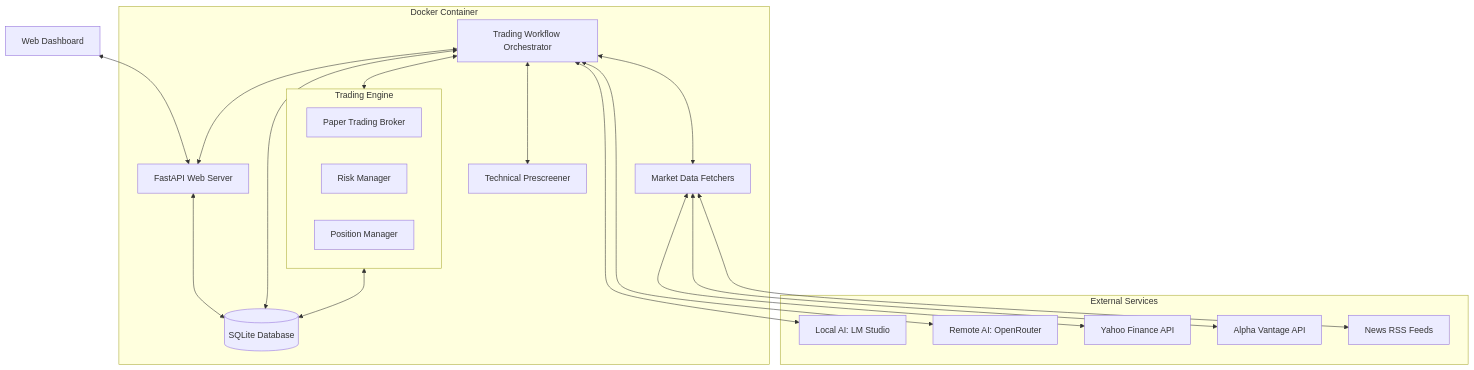
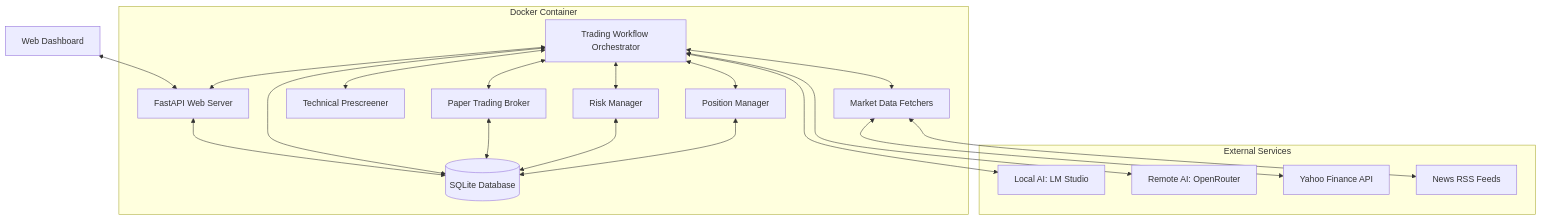
The first of 4 diagrams in DESIGN.md (psylsph/ai-stock-trader), drawn with Mermaid before and after one commit. The commit also changed other lines of this file and 8 other files, not shown here.

````diff
--- a/DESIGN.md
+++ b/DESIGN.md
@@ -16,43 +16,39 @@
 ```mermaid
 graph TB
     User[Web Dashboard]
     
     subgraph Container [Docker Container]
         FastAPI[FastAPI Web Server]
         Workflow[Trading Workflow Orchestrator]
         DB[(SQLite Database)]
         Fetchers[Market Data Fetchers]
         Screener[Technical Prescreener]
-        
-        subgraph TradingEngine [Trading Engine]
-            Broker[Paper Trading Broker]
-            Risk[Risk Manager]
-            PosMan[Position Manager]
-        end
+        Broker[Paper Trading Broker]
+        Risk[Risk Manager]
+        PosMan[Position Manager]
     end
     
     subgraph ExternalServices [External Services]
         LMS[Local AI: LM Studio]
         OR[Remote AI: OpenRouter]
         YF[Yahoo Finance API]
-        AV[Alpha Vantage API]
         RSS[News RSS Feeds]
     end
 
     User <--> FastAPI
     FastAPI <--> DB
     Workflow <--> FastAPI
     Workflow <--> DB
     Workflow <--> Fetchers
     Workflow <--> Screener
-    Workflow <--> TradingEngine
-    
+    Workflow <--> Broker
+    Workflow <--> Risk
+    Workflow <--> PosMan
+    Broker <--> DB
+    Risk <--> DB
+    PosMan <--> DB
     Fetchers <--> YF
-    Fetchers <--> AV
     Fetchers <--> RSS
-    
-    TradingEngine <--> DB
-    
     Workflow <--> LMS
     Workflow <--> OR
 ```
````
